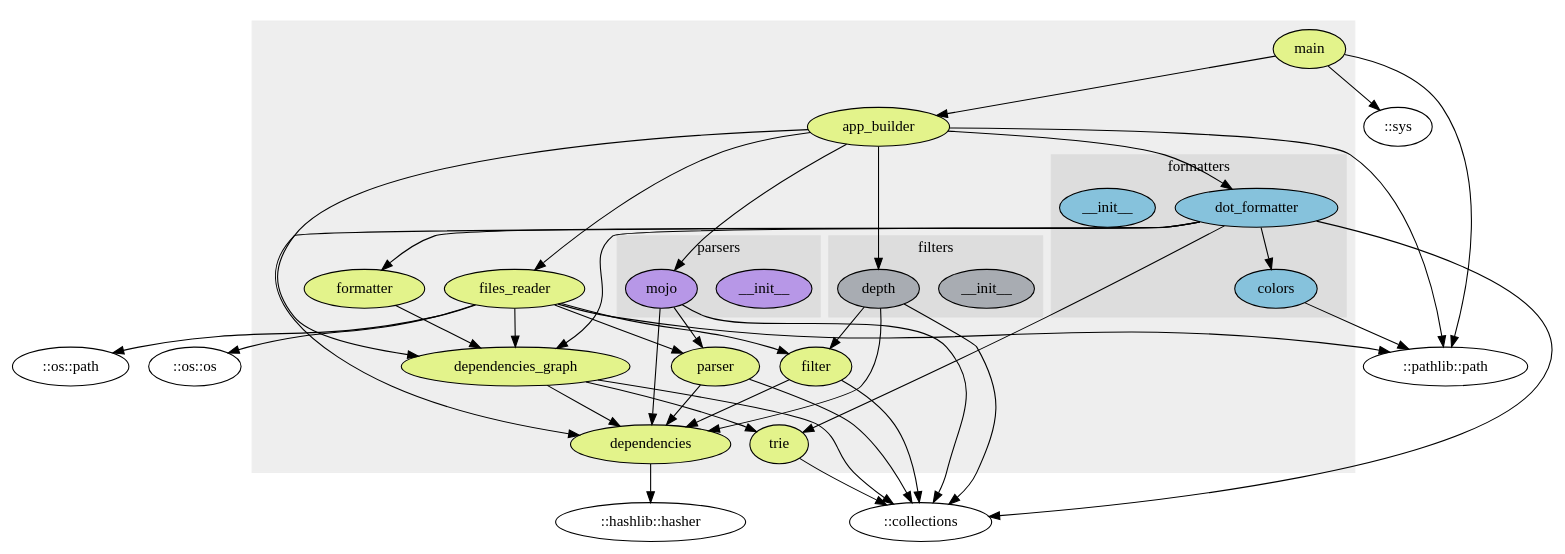
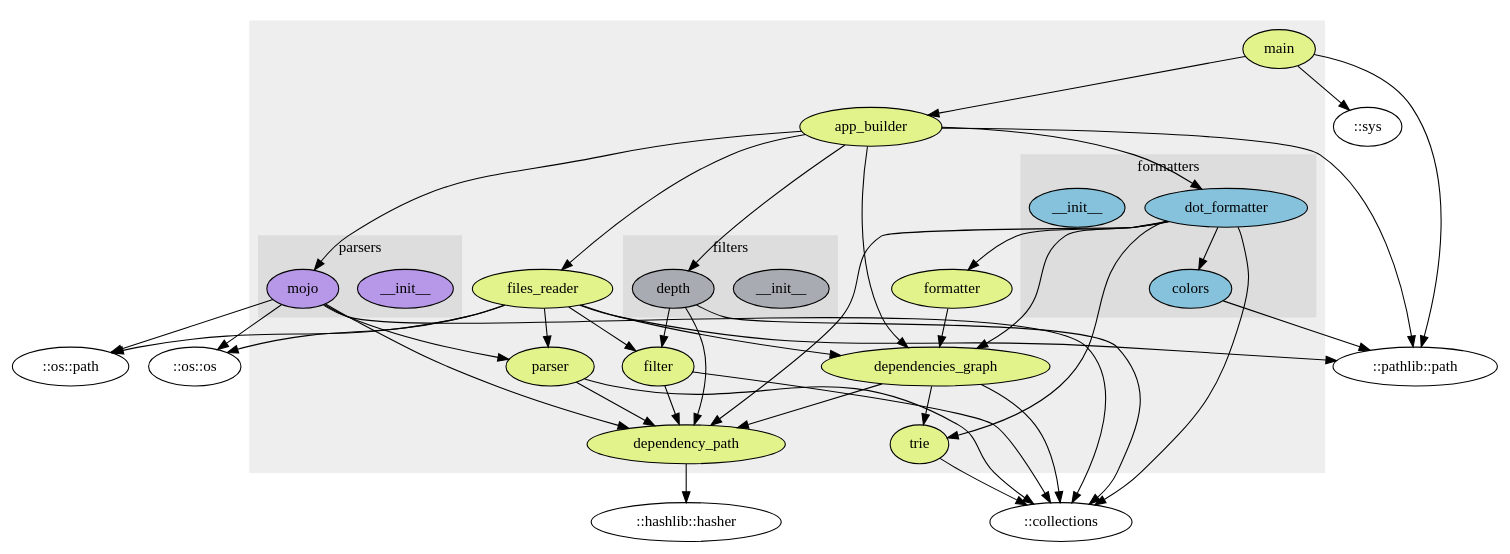
Before and after one commit to thomas-huegel/mojo-graphmod: the diagram in modules.dot, drawn with Graphviz. The commit also changed 23 other files, not shown here.

```diff
--- a/modules.dot
+++ b/modules.dot
@@ -1,80 +1,82 @@
 digraph dependencies {
   subgraph cluster_ {
   label=""
   color="#eeeeee"
   style="filled"
     "::main"[label="main",style="filled",fillcolor="#e3f38b"]
     "::app_builder"[label="app_builder",style="filled",fillcolor="#e3f38b"]
     "::files_reader"[label="files_reader",style="filled",fillcolor="#e3f38b"]
     subgraph cluster____formatters {
     label="formatters"
     color="#dddddd"
     style="filled"
       "::formatters::dot_formatter"[label="dot_formatter",style="filled",fillcolor="#86c2dc"]
       "::formatters::__init__"[label="__init__",style="filled",fillcolor="#86c2dc"]
       "::formatters::colors"[label="colors",style="filled",fillcolor="#86c2dc"]
     }
     "::trie"[label="trie",style="filled",fillcolor="#e3f38b"]
-    "::dependencies"[label="dependencies",style="filled",fillcolor="#e3f38b"]
     "::dependencies_graph"[label="dependencies_graph",style="filled",fillcolor="#e3f38b"]
     "::formatter"[label="formatter",style="filled",fillcolor="#e3f38b"]
     "::parser"[label="parser",style="filled",fillcolor="#e3f38b"]
     subgraph cluster____parsers {
     label="parsers"
     color="#dddddd"
     style="filled"
       "::parsers::__init__"[label="__init__",style="filled",fillcolor="#b797e7"]
       "::parsers::mojo"[label="mojo",style="filled",fillcolor="#b797e7"]
     }
     "::filter"[label="filter",style="filled",fillcolor="#e3f38b"]
     subgraph cluster____filters {
     label="filters"
     color="#dddddd"
     style="filled"
       "::filters::__init__"[label="__init__",style="filled",fillcolor="#a8acb2"]
       "::filters::depth"[label="depth",style="filled",fillcolor="#a8acb2"]
     }
+    "::dependency_path"[label="dependency_path",style="filled",fillcolor="#e3f38b"]
   }
 "::main" -> "::pathlib::path"
 "::main" -> "::sys"
 "::main" -> "::app_builder"
 "::app_builder" -> "::pathlib::path"
 "::app_builder" -> "::dependencies_graph"
 "::app_builder" -> "::files_reader"
 "::app_builder" -> "::filters::depth"
 "::app_builder" -> "::formatters::dot_formatter"
 "::app_builder" -> "::parsers::mojo"
 "::files_reader" -> "::os::os"
 "::files_reader" -> "::os::path"
 "::files_reader" -> "::pathlib::path"
 "::files_reader" -> "::dependencies_graph"
 "::files_reader" -> "::filter"
 "::files_reader" -> "::parser"
 "::formatters::dot_formatter" -> "::collections"
-"::formatters::dot_formatter" -> "::dependencies"
 "::formatters::dot_formatter" -> "::dependencies_graph"
+"::formatters::dot_formatter" -> "::dependency_path"
 "::formatters::dot_formatter" -> "::formatter"
 "::formatters::dot_formatter" -> "::formatters::colors"
 "::formatters::dot_formatter" -> "::trie"
 "::formatters::colors" -> "::pathlib::path"
 
 "::trie" -> "::collections"
-"::dependencies" -> "::hashlib::hasher"
 "::dependencies_graph" -> "::collections"
-"::dependencies_graph" -> "::dependencies"
+"::dependencies_graph" -> "::dependency_path"
 "::dependencies_graph" -> "::trie"
 "::formatter" -> "::dependencies_graph"
 "::parser" -> "::collections"
-"::parser" -> "::dependencies"
+"::parser" -> "::dependency_path"
 "::parsers::mojo" -> "::collections"
-"::parsers::mojo" -> "::dependencies"
+"::parsers::mojo" -> "::os::os"
+"::parsers::mojo" -> "::os::path"
+"::parsers::mojo" -> "::dependency_path"
 "::parsers::mojo" -> "::parser"
 
 "::filter" -> "::collections"
-"::filter" -> "::dependencies"
+"::filter" -> "::dependency_path"
 "::filters::depth" -> "::collections"
-"::filters::depth" -> "::dependencies"
+"::filters::depth" -> "::dependency_path"
 "::filters::depth" -> "::filter"
 
+"::dependency_path" -> "::hashlib::hasher"
 
 }
```
